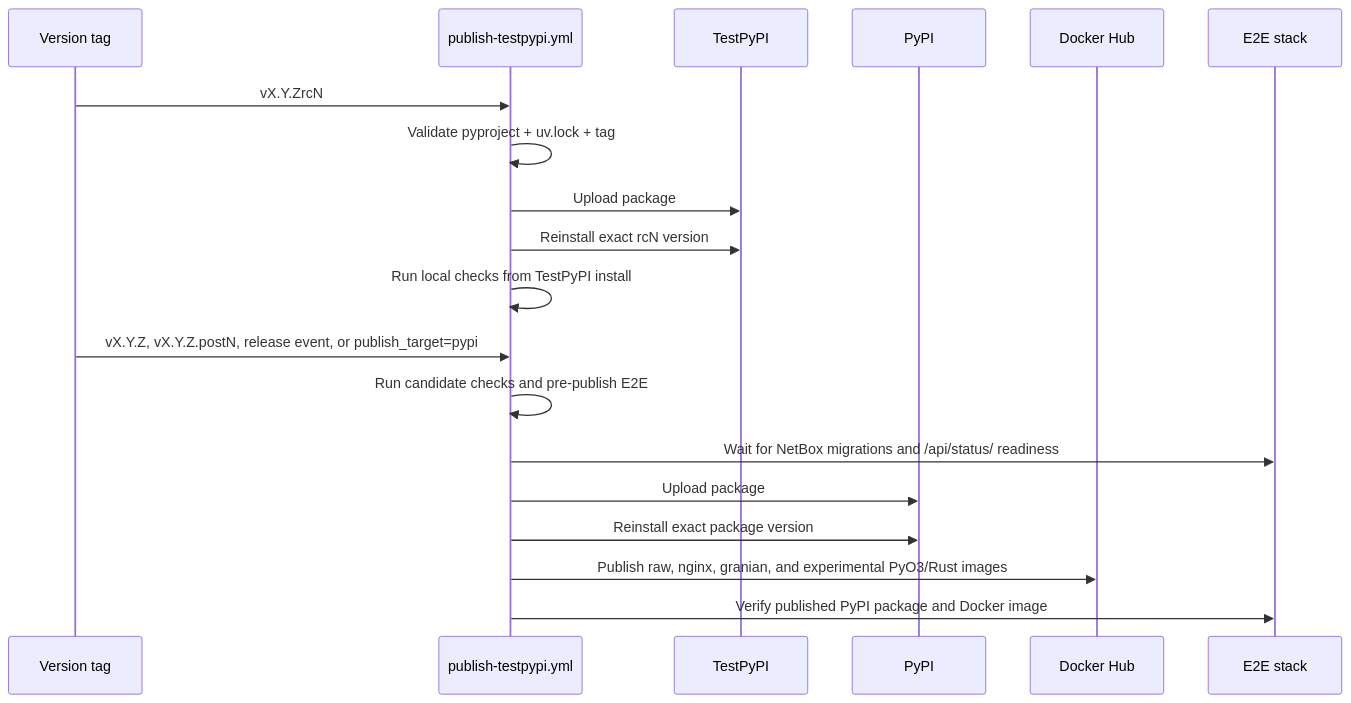
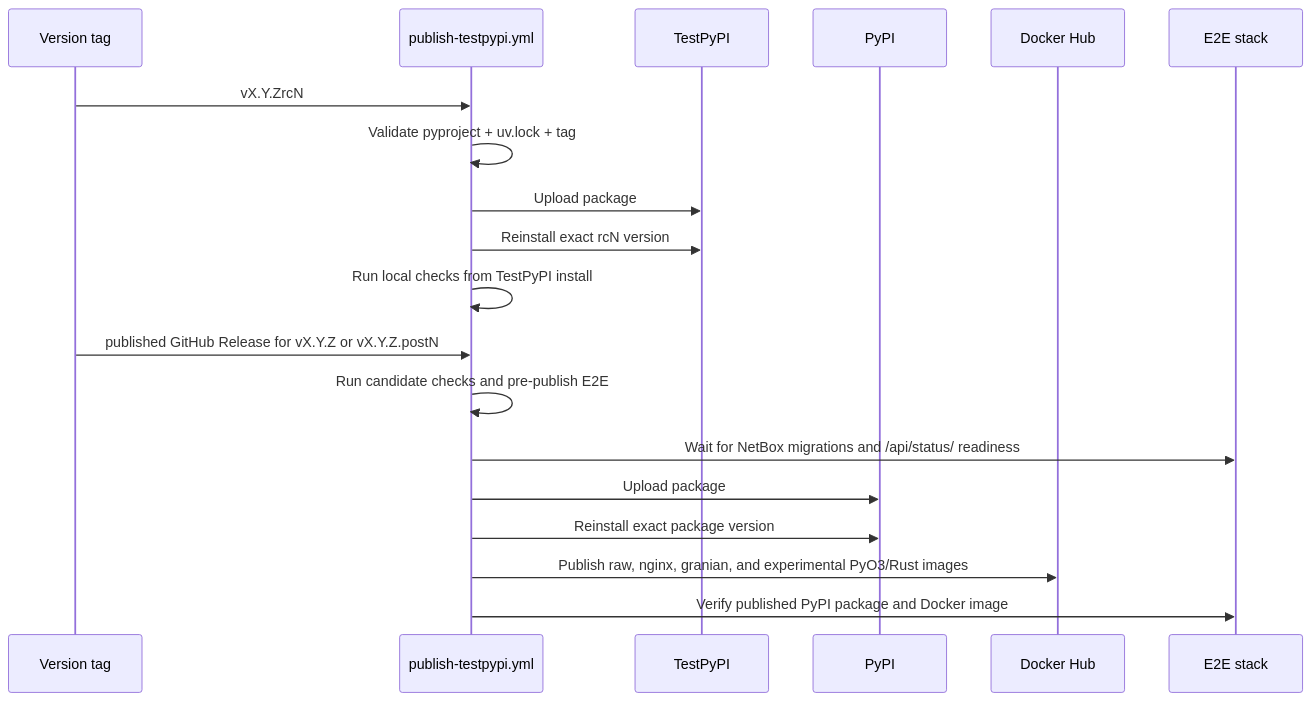
One commit to emersonfelipesp/proxbox-api changed the second of 2 diagrams in docs/development/release-publishing.md. Above: the diagram before and after it, drawn with Mermaid. The commit also changed other lines of this file and 30 other files, not shown here.

````diff
--- a/docs/development/release-publishing.md
+++ b/docs/development/release-publishing.md
@@ -43,23 +45,23 @@
 ```mermaid
 sequenceDiagram
     participant Tag as Version tag
     participant WF as publish-testpypi.yml
     participant TP as TestPyPI
     participant PY as PyPI
     participant DH as Docker Hub
     participant E2E as E2E stack
 
     Tag->>WF: vX.Y.ZrcN
     WF->>WF: Validate pyproject + uv.lock + tag
     WF->>TP: Upload package
     WF->>TP: Reinstall exact rcN version
     WF->>WF: Run local checks from TestPyPI install
 
-    Tag->>WF: vX.Y.Z, vX.Y.Z.postN, release event, or publish_target=pypi
+    Tag->>WF: published GitHub Release for vX.Y.Z or vX.Y.Z.postN
     WF->>WF: Run candidate checks and pre-publish E2E
     WF->>E2E: Wait for NetBox migrations and /api/status/ readiness
     WF->>PY: Upload package
     WF->>PY: Reinstall exact package version
     WF->>DH: Publish raw, nginx, granian, and experimental PyO3/Rust images
     WF->>E2E: Verify published PyPI package and Docker image
 ```
````
